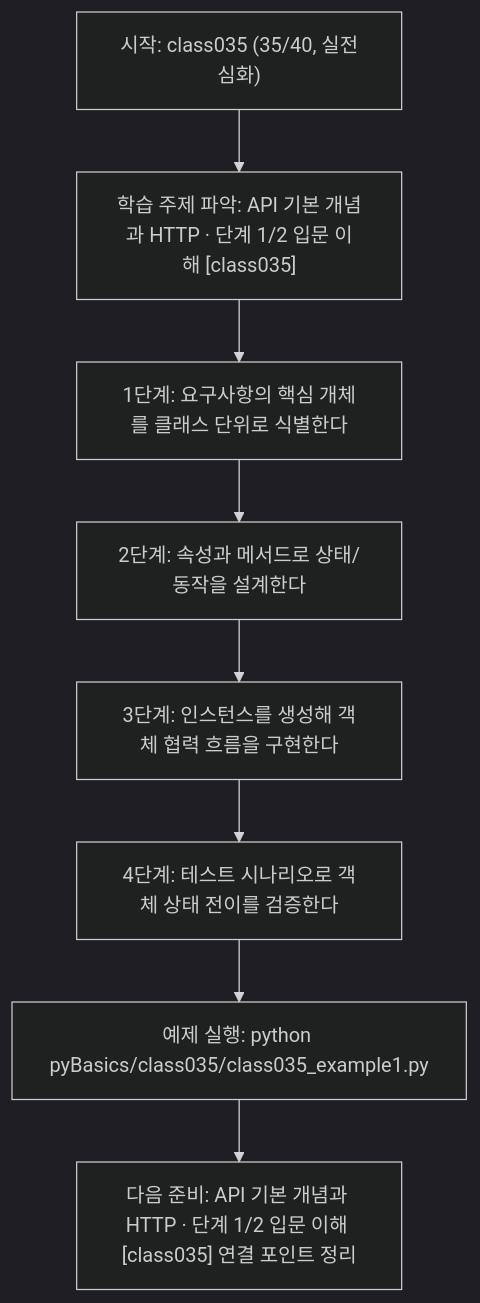
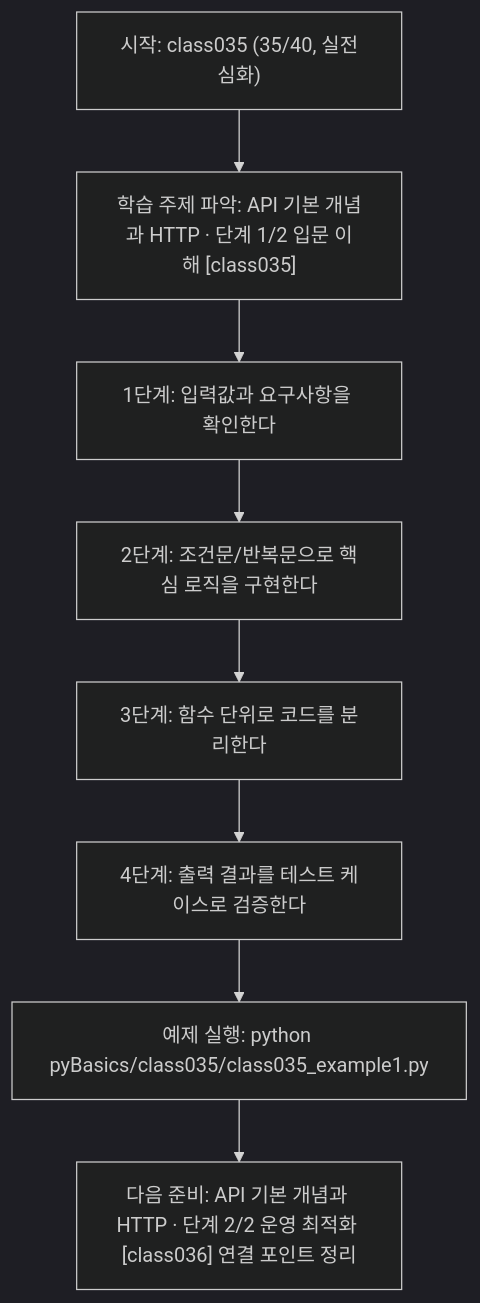
The diagram in pyBasics/class035/class035.md (edumgt/Python-AI_Agent-Class), drawn with Mermaid (dark theme) before and after one commit. The commit also changed other lines of this file and 2370 other files, not shown here.

````diff
--- a/pyBasics/class035/class035.md
+++ b/pyBasics/class035/class035.md
@@ -108,18 +91,18 @@
 ```mermaid
 flowchart TD
 N1["시작: class035 (35/40, 실전심화)"]
 N2["학습 주제 파악: API 기본 개념과 HTTP · 단계 1/2 입문 이해 [class035]"]
-N3["1단계: 요구사항의 핵심 개체를 클래스 단위로 식별한다"]
-N4["2단계: 속성과 메서드로 상태/동작을 설계한다"]
-N5["3단계: 인스턴스를 생성해 객체 협력 흐름을 구현한다"]
-N6["4단계: 테스트 시나리오로 객체 상태 전이를 검증한다"]
+N3["1단계: 입력값과 요구사항을 확인한다"]
+N4["2단계: 조건문/반복문으로 핵심 로직을 구현한다"]
+N5["3단계: 함수 단위로 코드를 분리한다"]
+N6["4단계: 출력 결과를 테스트 케이스로 검증한다"]
 N7["예제 실행: python pyBasics/class035/class035_example1.py"]
-N8["다음 준비: API 기본 개념과 HTTP · 단계 1/2 입문 이해 [class035] 연결 포인트 정리"]
+N8["다음 준비: API 기본 개념과 HTTP · 단계 2/2 운영 최적화 [class036] 연결 포인트 정리"]
 N1 --> N2
 N2 --> N3
 N3 --> N4
 N4 --> N5
 N5 --> N6
 N6 --> N7
 N7 --> N8
 ```
````
